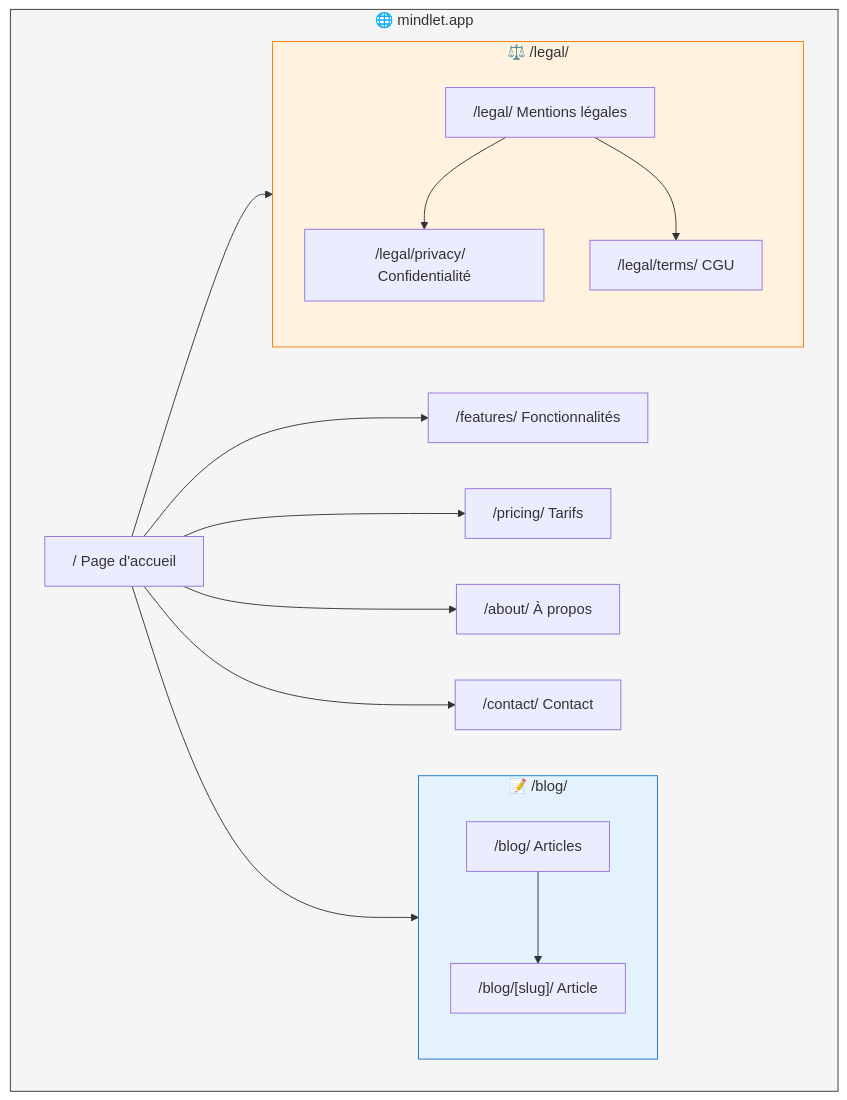
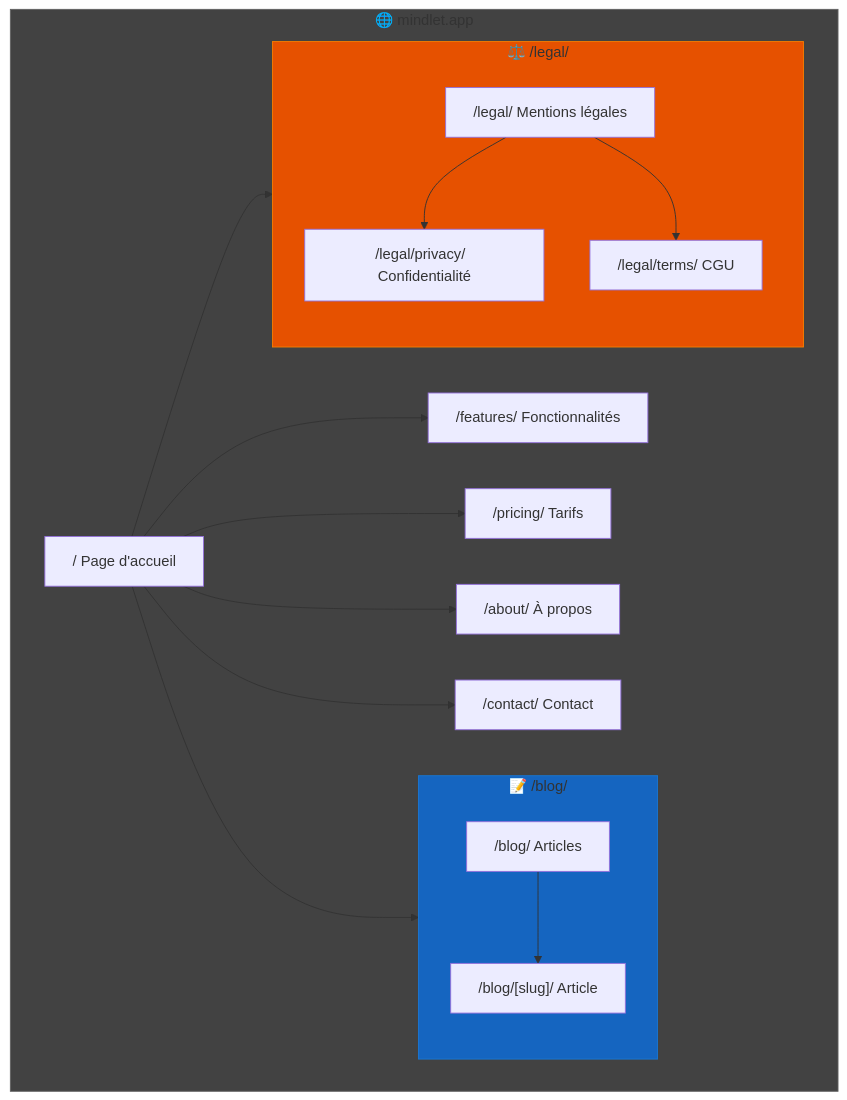
One commit to mindlet-app/docs changed the diagram in src/content/docs/annexes/seo.mdx. Above: the diagram before and after it, drawn with Mermaid. The commit also changed 17 other files, not shown here.

First line of the commit message:
feat: Update Mermaid diagrams and enhance documentation clarity

````diff
--- a/src/content/docs/annexes/seo.mdx
+++ b/src/content/docs/annexes/seo.mdx
@@ -102,36 +102,36 @@
 ```mermaid
 flowchart TD
     subgraph Site["🌐 mindlet.app"]
         Home["/  Page d'accueil"]
         Features["/features/  Fonctionnalités"]
         Pricing["/pricing/  Tarifs"]
         
         subgraph Blog["📝 /blog/"]
             BlogIndex["/blog/  Articles"]
             BlogPost["/blog/[slug]/  Article"]
         end
         
         About["/about/  À propos"]
         Contact["/contact/  Contact"]
         
         subgraph Legal["⚖️ /legal/"]
             LegalIndex["/legal/  Mentions légales"]
             Privacy["/legal/privacy/  Confidentialité"]
             Terms["/legal/terms/  CGU"]
         end
     end
     
     Home --> Features
     Home --> Pricing
     Home --> Blog
     Home --> About
     Home --> Contact
     Home --> Legal
     BlogIndex --> BlogPost
     LegalIndex --> Privacy
     LegalIndex --> Terms
     
-    style Site fill:#f5f5f5,stroke:#333
-    style Blog fill:#e3f2fd,stroke:#1976d2
-    style Legal fill:#fff3e0,stroke:#f57c00
+    style Site fill:#424242,stroke:#616161
+    style Blog fill:#1565c0,stroke:#1976d2
+    style Legal fill:#e65100,stroke:#f57c00
 ```
````
